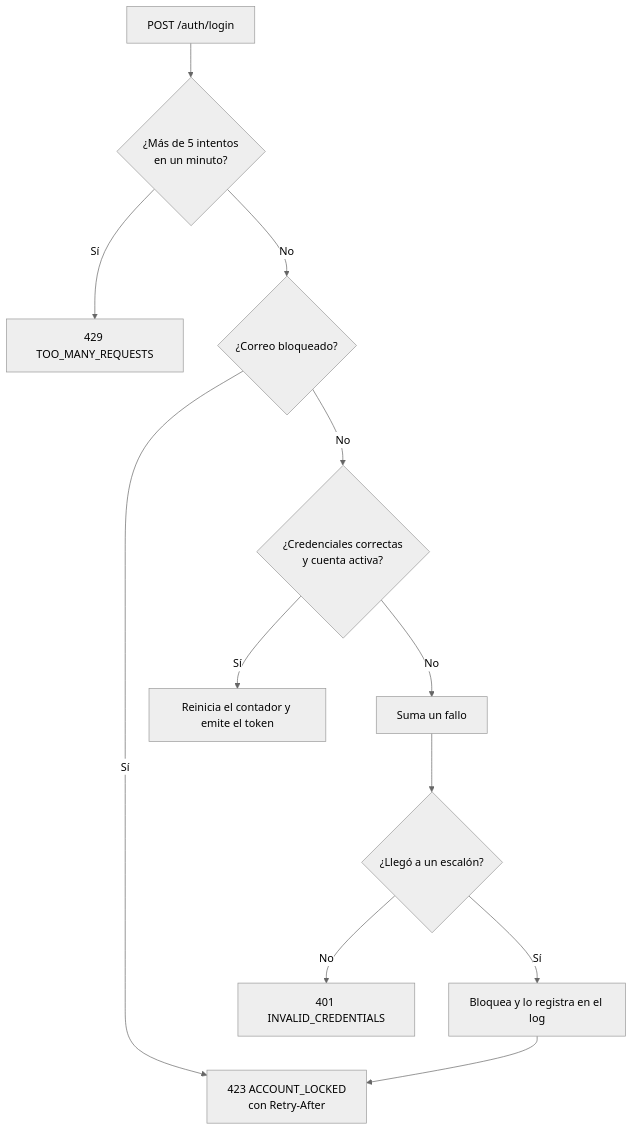
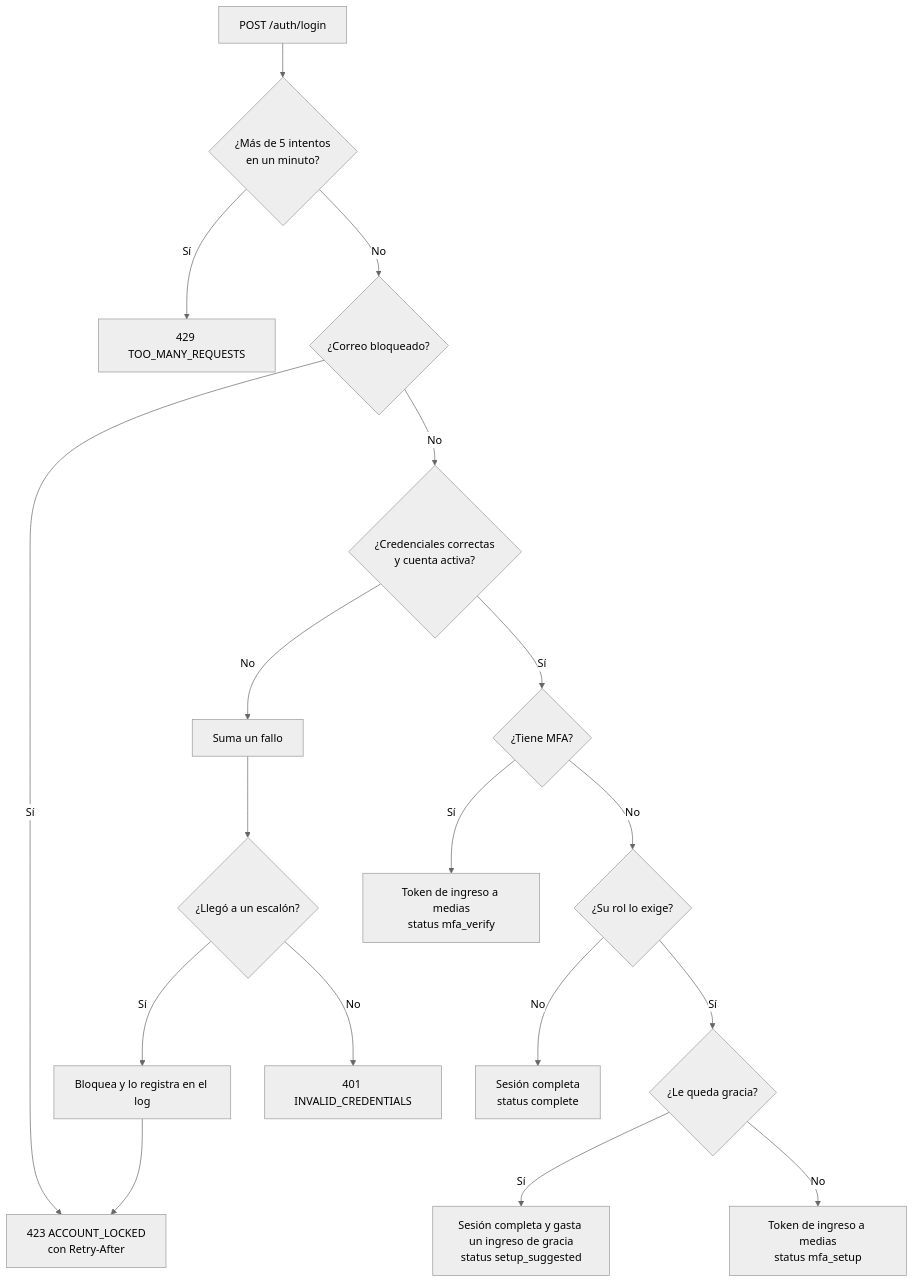
The diagram in docs/backend/auth.md (Daniuh/trazo), drawn with Mermaid (neutral theme) before and after one commit. The commit also changed other lines of this file and 100 other files, not shown here.

````diff
--- a/docs/backend/auth.md
+++ b/docs/backend/auth.md
@@ -47,13 +63,19 @@
 ```mermaid
 flowchart TD
   A[POST /auth/login] --> R{¿Más de 5 intentos<br>en un minuto?}
   R -- Sí --> E429[429 TOO_MANY_REQUESTS]
   R -- No --> L{¿Correo bloqueado?}
   L -- Sí --> E423[423 ACCOUNT_LOCKED<br>con Retry-After]
   L -- No --> C{¿Credenciales correctas<br>y cuenta activa?}
   C -- No --> F[Suma un fallo]
   F --> S{¿Llegó a un escalón?}
   S -- Sí --> B[Bloquea y lo registra en el log] --> E423
   S -- No --> E401[401 INVALID_CREDENTIALS]
-  C -- Sí --> OK[Reinicia el contador y emite el token]
+  C -- Sí --> M{¿Tiene MFA?}
+  M -- Sí --> V[Token de ingreso a medias<br>status mfa_verify]
+  M -- No --> P{¿Su rol lo exige?}
+  P -- No --> OK[Sesión completa<br>status complete]
+  P -- Sí --> G{¿Le queda gracia?}
+  G -- Sí --> SG[Sesión completa y gasta un ingreso de gracia<br>status setup_suggested]
+  G -- No --> SU[Token de ingreso a medias<br>status mfa_setup]
 ```
````
